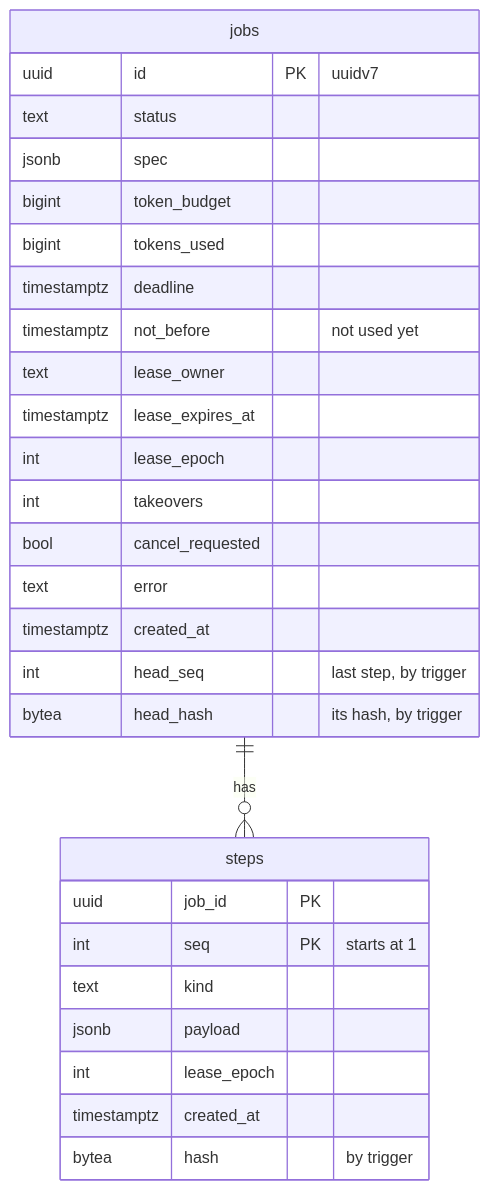
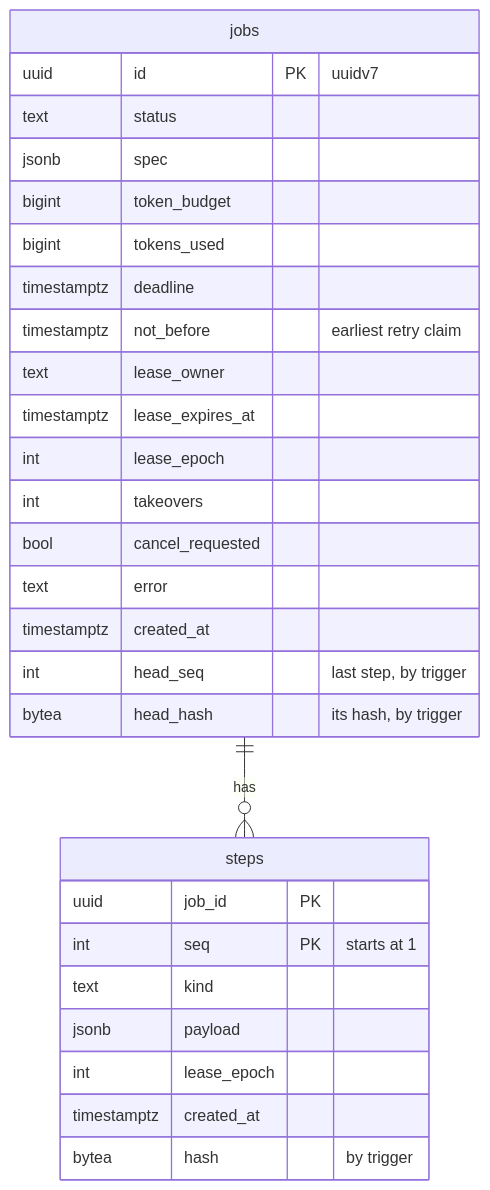
The diagram in docs/data-model.md (sindredg/agent-runtime), drawn with Mermaid before and after one commit. The commit also changed other lines of this file and 18 other files, not shown here.

````diff
--- a/docs/data-model.md
+++ b/docs/data-model.md
@@ -54,31 +35,31 @@
 ```mermaid
 erDiagram
     jobs ||--o{ steps : has
     jobs {
         uuid id PK "uuidv7"
         text status
         jsonb spec
         bigint token_budget
         bigint tokens_used
         timestamptz deadline
-        timestamptz not_before "not used yet"
+        timestamptz not_before "earliest retry claim"
         text lease_owner
         timestamptz lease_expires_at
         int lease_epoch
         int takeovers
         bool cancel_requested
         text error
         timestamptz created_at
         int head_seq "last step, by trigger"
         bytea head_hash "its hash, by trigger"
     }
     steps {
         uuid job_id PK
         int seq PK "starts at 1"
         text kind
         jsonb payload
         int lease_epoch
         timestamptz created_at
         bytea hash "by trigger"
     }
 ```
````
